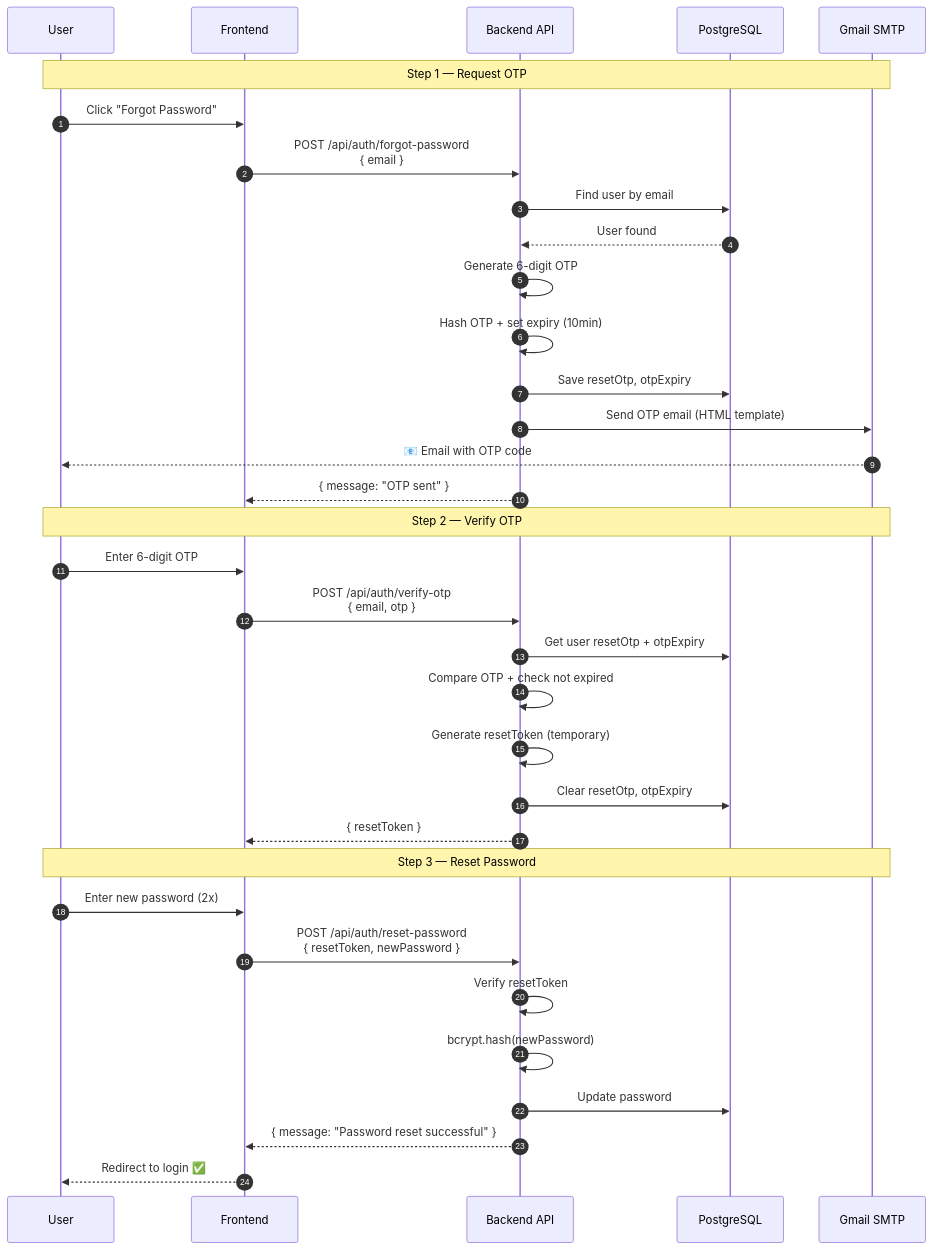
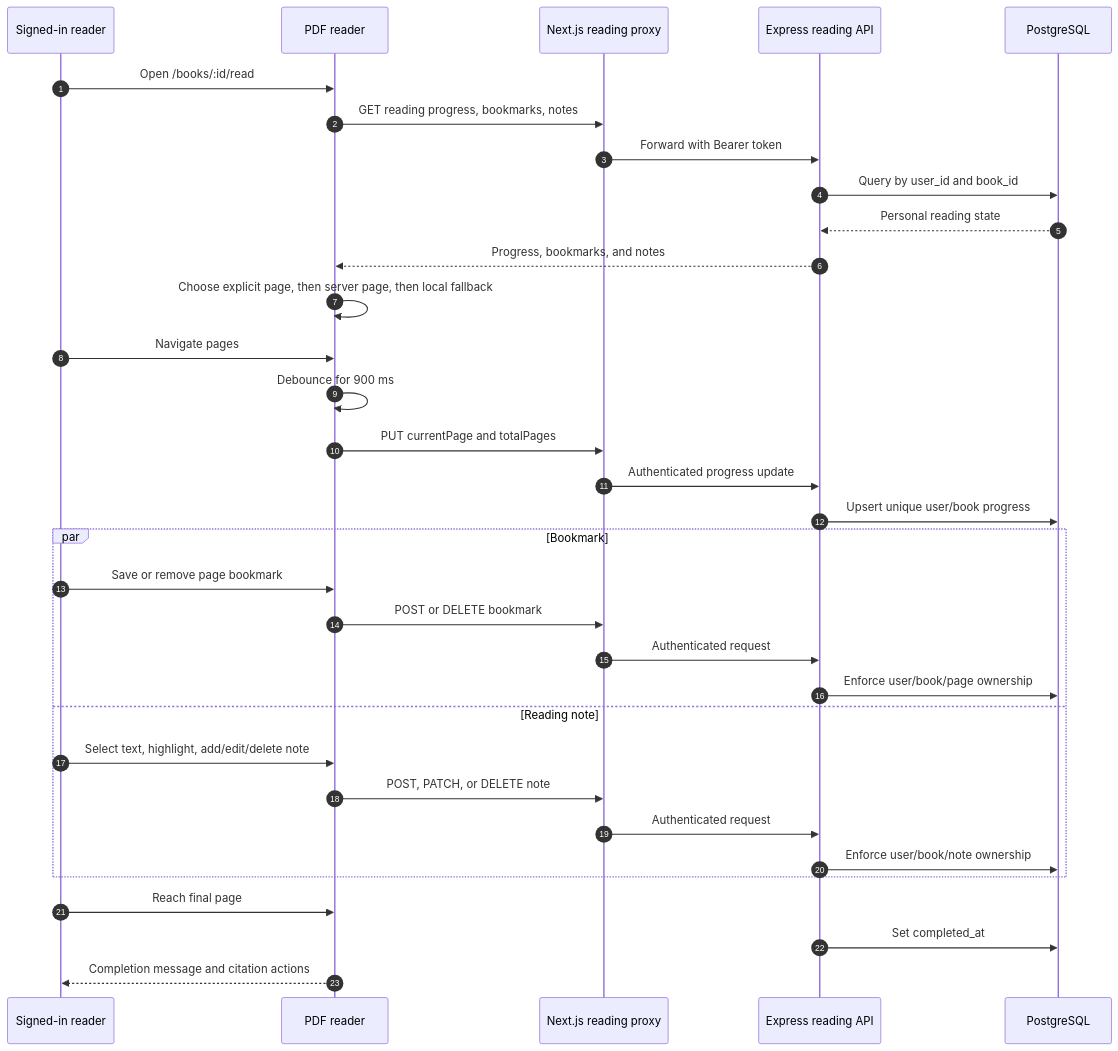
One commit to E-Library-Norton/elibrary-backend changed the fifth of 8 diagrams in DIAGRAM.md. Above: the diagram before and after it, drawn with Mermaid. The commit also changed other lines of this file and 39 other files, not shown here.

````diff
--- a/DIAGRAM.md
+++ b/DIAGRAM.md
@@ -418,39 +466,39 @@
 ```mermaid
 sequenceDiagram
     autonumber
-    participant U as User
-    participant F as Frontend
-    participant A as Backend API
-    participant DB as PostgreSQL
-    participant E as Gmail SMTP
+    participant U as Signed-in reader
+    participant R as PDF reader
+    participant P as Next.js reading proxy
+    participant A as Express reading API
+    participant D as PostgreSQL
 
-    Note over U,E: Step 1 — Request OTP
-    U->>F: Click "Forgot Password"
-    F->>A: POST /api/auth/forgot-password<br/>{ email }
-    A->>DB: Find user by email
-    DB-->>A: User found
-    A->>A: Generate 6-digit OTP
-    A->>A: Hash OTP + set expiry (10min)
-    A->>DB: Save resetOtp, otpExpiry
-    A->>E: Send OTP email (HTML template)
-    E-->>U: 📧 Email with OTP code
-    A-->>F: { message: "OTP sent" }
+    U->>R: Open /books/:id/read
+    R->>P: GET reading progress, bookmarks, notes
+    P->>A: Forward with Bearer token
+    A->>D: Query by user_id and book_id
+    D-->>A: Personal reading state
+    A-->>R: Progress, bookmarks, and notes
 
-    Note over U,E: Step 2 — Verify OTP
-    U->>F: Enter 6-digit OTP
-    F->>A: POST /api/auth/verify-otp<br/>{ email, otp }
-    A->>DB: Get user resetOtp + otpExpiry
-    A->>A: Compare OTP + check not expired
-    A->>A: Generate resetToken (temporary)
-    A->>DB: Clear resetOtp, otpExpiry
-    A-->>F: { resetToken }
+    R->>R: Choose explicit page, then server page, then local fallback
+    U->>R: Navigate pages
+    R->>R: Debounce for 900 ms
+    R->>P: PUT currentPage and totalPages
+    P->>A: Authenticated progress update
+    A->>D: Upsert unique user/book progress
 
-    Note over U,E: Step 3 — Reset Password
-    U->>F: Enter new password (2x)
-    F->>A: POST /api/auth/reset-password<br/>{ resetToken, newPassword }
-    A->>A: Verify resetToken
-    A->>A: bcrypt.hash(newPassword)
-    A->>DB: Update password
-    A-->>F: { message: "Password reset successful" }
-    F-->>U: Redirect to login ✅
+    par Bookmark
+        U->>R: Save or remove page bookmark
+        R->>P: POST or DELETE bookmark
+        P->>A: Authenticated request
+        A->>D: Enforce user/book/page ownership
+    and Reading note
+        U->>R: Select text, highlight, add/edit/delete note
+        R->>P: POST, PATCH, or DELETE note
+        P->>A: Authenticated request
+        A->>D: Enforce user/book/note ownership
+    end
+
+    U->>R: Reach final page
+    A->>D: Set completed_at
+    R-->>U: Completion message and citation actions
 ```
````
